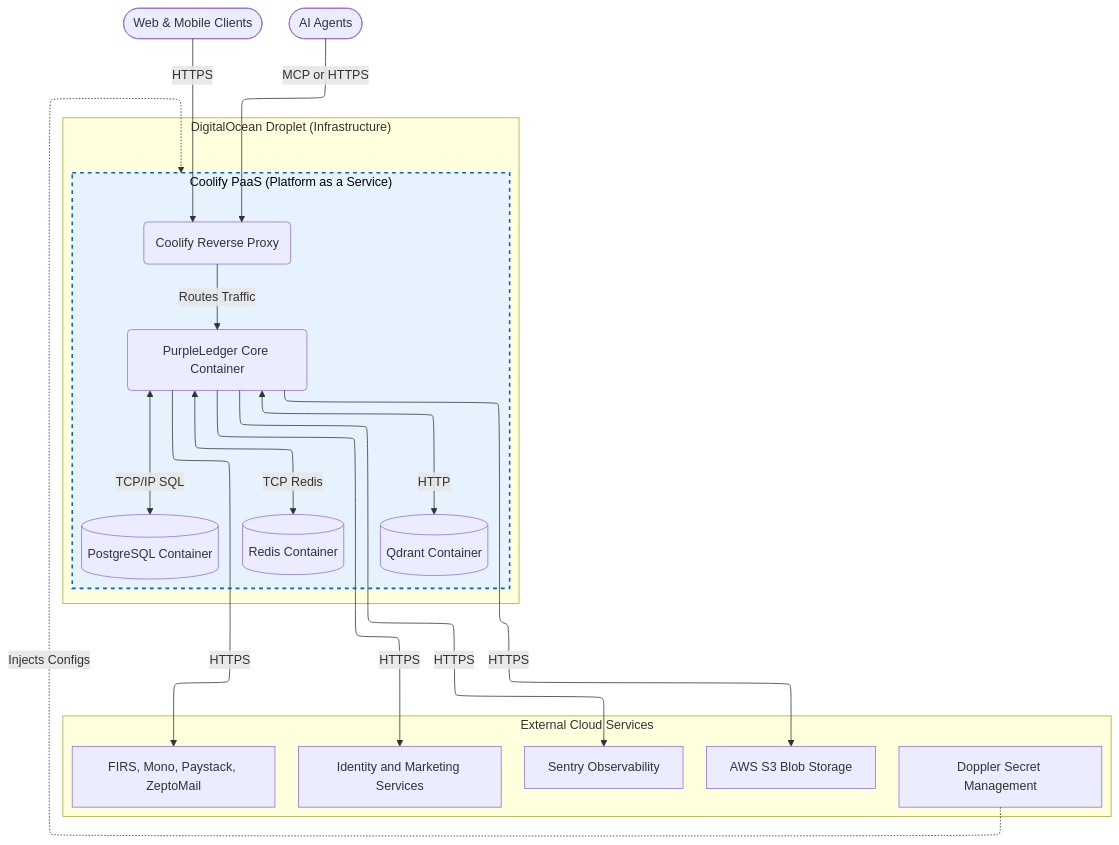
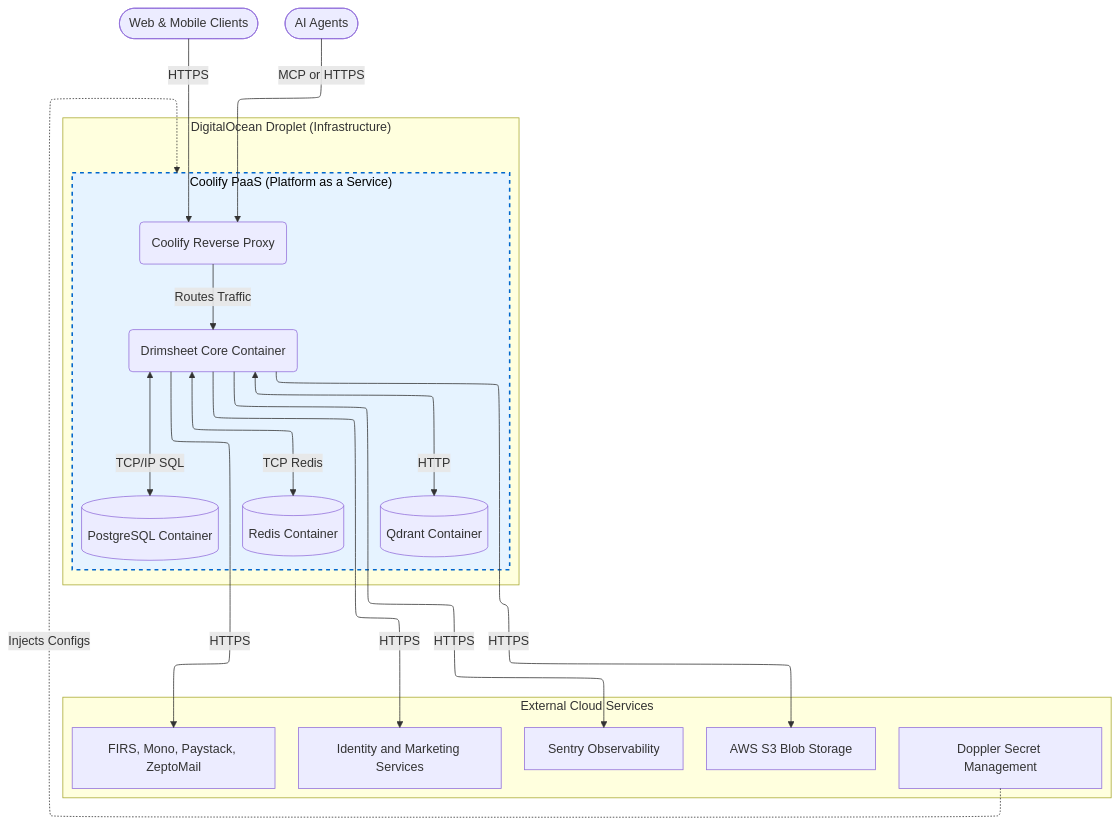
The diagram in docs/assets/07.1-deployment-infrastructure.mermaid (oosahon/drimsheet-core), drawn with Mermaid before and after one commit. The commit also changed 57 other files, not shown here.

```diff
--- a/docs/assets/07.1-deployment-infrastructure.mermaid
+++ b/docs/assets/07.1-deployment-infrastructure.mermaid
@@ -1,35 +1,35 @@
 ---
 config:
   layout: elk
 ---
 flowchart TB
  subgraph Col["Coolify PaaS (Platform as a Service)"]
-        API("PurpleLedger Core Container")
+        API("Drimsheet Core Container")
         Proxy("Coolify Reverse Proxy")
         DB[("PostgreSQL Container")]
         Cache[("Redis Container")]
         VectorDB[("Qdrant Container")]
   end
  subgraph DO["DigitalOcean Droplet (Infrastructure)"]
         Col
   end
  subgraph External["External Cloud Services"]
         Doppler["Doppler Secret Management"]
         S3["AWS S3 Blob Storage"]
         Sentry["Sentry Observability"]
         Auth["Identity and Marketing Services"]
         CoreExt["FIRS, Mono, Paystack, ZeptoMail"]
   end
     Client(["Web & Mobile Clients"]) -- HTTPS --> Proxy
     Agent(["AI Agents"]) -- MCP or HTTPS --> Proxy
     Proxy -- Routes Traffic --> API
     API <-- TCP/IP SQL --> DB
     API <-- TCP Redis --> Cache
     API <-- HTTP --> VectorDB
     Doppler -. Injects Configs .-> Col
     API -- HTTPS --> S3 & Sentry & Auth & CoreExt
 
      Col:::Col_Style
     classDef DO_Style fill:#f9f9f9,stroke:#333,stroke-width:2px,color:#000
     classDef Col_Style fill:#e6f3ff,stroke:#0066cc,stroke-width:2px,stroke-dasharray: 5 5,color:#000
     classDef Ext_Style fill:#fff,stroke:#666,stroke-width:2px,stroke-dasharray: 5 5,color:#000
```
